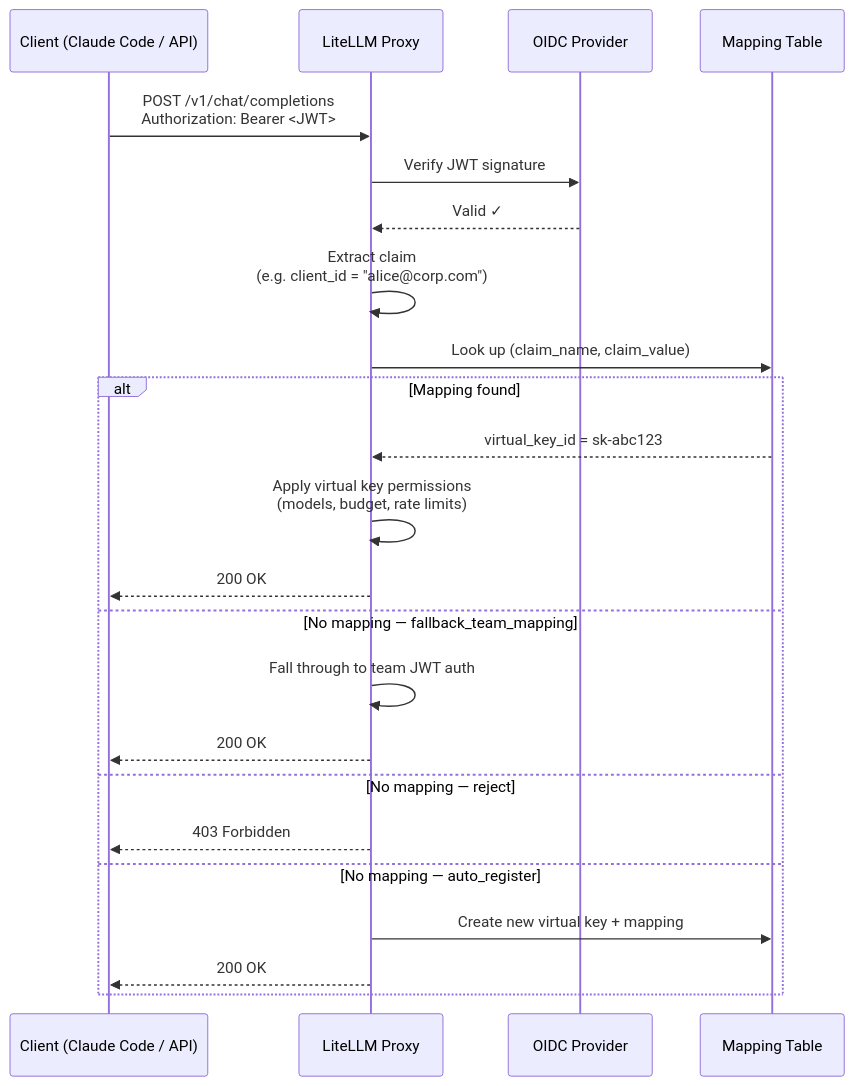
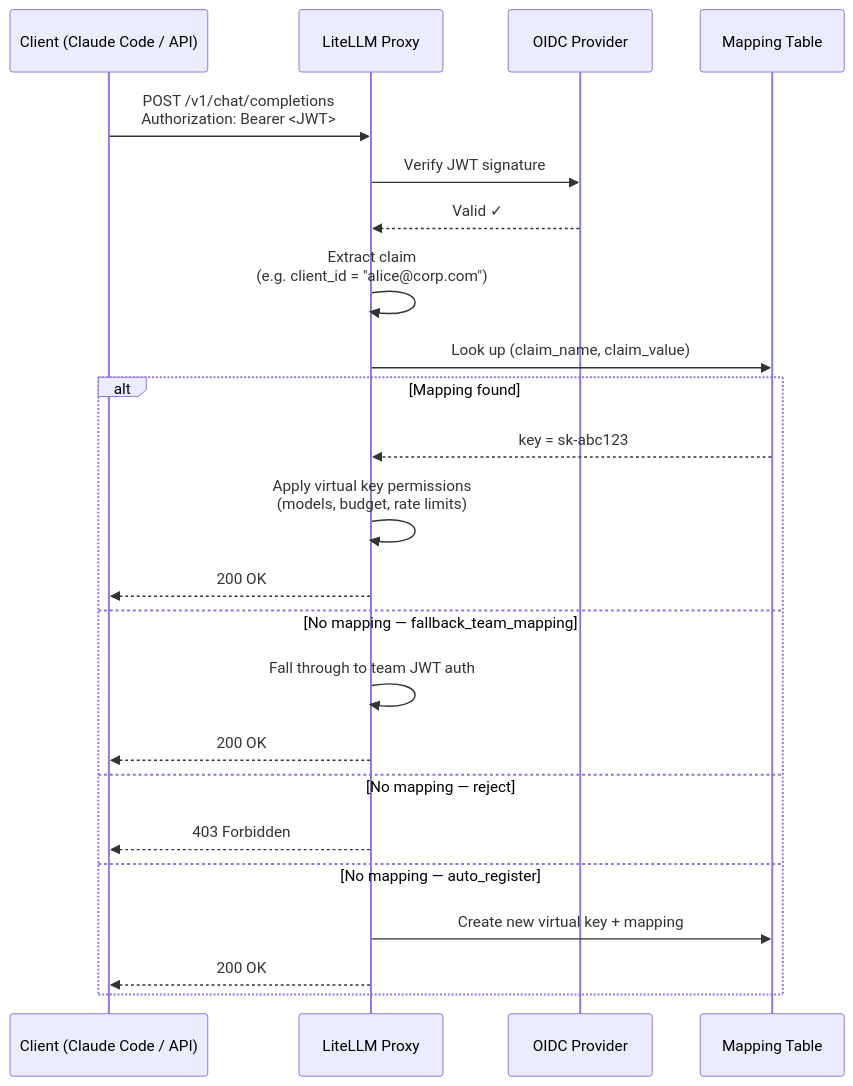
One commit to BerriAI/litellm-docs changed the diagram in docs/proxy/jwt_key_mapping.md. Above: the diagram before and after it, drawn with Mermaid. The commit also changed other lines of this file, not shown here.

First line of the commit message:
docs(proxy): align JWT key mapping guide with shipped API

````diff
--- a/docs/proxy/jwt_key_mapping.md
+++ b/docs/proxy/jwt_key_mapping.md
@@ -21,29 +21,29 @@
 ```mermaid
 sequenceDiagram
     participant Client as Client (Claude Code / API)
     participant Proxy as LiteLLM Proxy
     participant OIDC as OIDC Provider
     participant DB as Mapping Table
 
     Client->>Proxy: POST /v1/chat/completions<br/>Authorization: Bearer <JWT>
 
     Proxy->>OIDC: Verify JWT signature
     OIDC-->>Proxy: Valid ✓
 
     Proxy->>Proxy: Extract claim<br/>(e.g. client_id = "alice@corp.com")
 
     Proxy->>DB: Look up (claim_name, claim_value)
     alt Mapping found
-        DB-->>Proxy: virtual_key_id = sk-abc123
+        DB-->>Proxy: key = sk-abc123
         Proxy->>Proxy: Apply virtual key permissions<br/>(models, budget, rate limits)
         Proxy-->>Client: 200 OK
     else No mapping — fallback_team_mapping
         Proxy->>Proxy: Fall through to team JWT auth
         Proxy-->>Client: 200 OK
     else No mapping — reject
         Proxy-->>Client: 403 Forbidden
     else No mapping — auto_register
         Proxy->>DB: Create new virtual key + mapping
         Proxy-->>Client: 200 OK
     end
 ```
````
